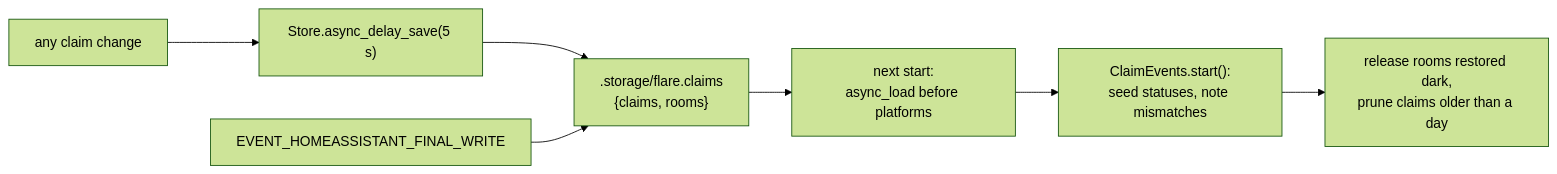
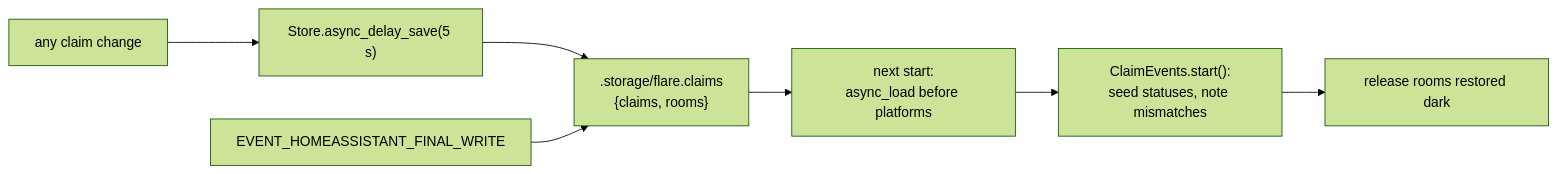
Before and after one commit to danrspencer/flare: the fourth of 4 diagrams in docs/architecture/claims.md, drawn with Mermaid (forest theme). The commit also changed other lines of this file and 5 other files, not shown here.

````diff
--- a/docs/architecture/claims.md
+++ b/docs/architecture/claims.md
@@ -221,9 +221,9 @@
 ```mermaid
 flowchart LR
     ch["any claim change"] --> ds["Store.async_delay_save(5 s)"]
     ds --> file[".storage/flare.claims<br/>{claims, rooms}"]
     stop["EVENT_HOMEASSISTANT_FINAL_WRITE"] --> file
     file --> load["next start:<br/>async_load before platforms"]
     load --> seed["ClaimEvents.start():<br/>seed statuses, note mismatches"]
-    seed --> rel["release rooms restored dark,<br/>prune claims older than a day"]
+    seed --> rel["release rooms restored dark"]
 ```
````
